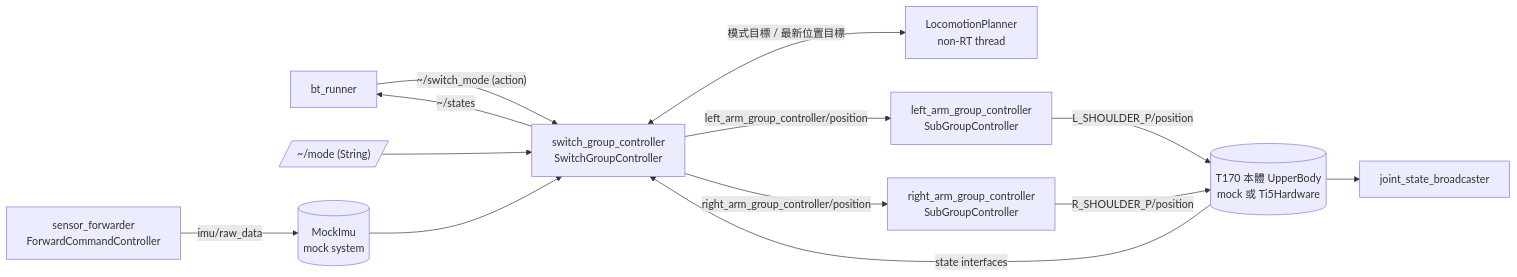
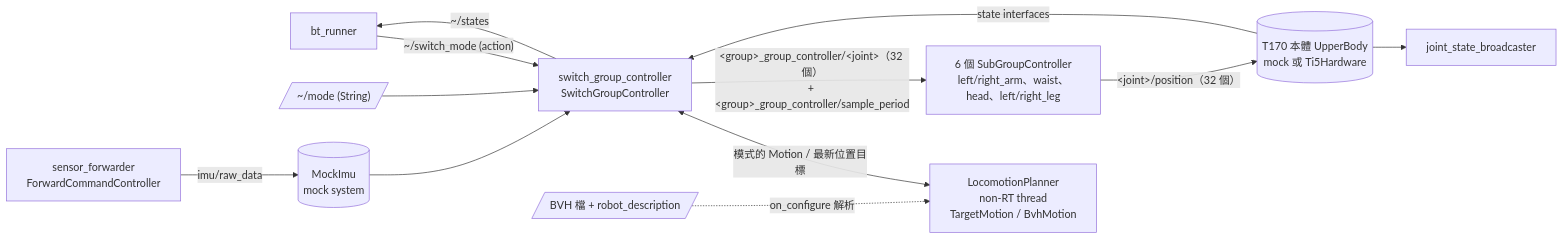
Before and after one commit to s40523122/graphen_controller: the second of 4 diagrams in docs/ARCHITECTURE.md, drawn with Mermaid. The commit also changed other lines of this file and 2 other files, not shown here.

Commit message:
Document BVH locomotion and motion modes

````diff
--- a/docs/ARCHITECTURE.md
+++ b/docs/ARCHITECTURE.md
@@ -82,15 +84,14 @@
 ```mermaid
 graph LR
   bt[bt_runner] -->|"~/switch_mode (action)"| sw[switch_group_controller<br/>SwitchGroupController]
   mode[/"~/mode (String)"/] --> sw
-  sw <-->|模式目標 / 最新位置目標| planner[LocomotionPlanner<br/>non-RT thread]
+  sw <-->|模式的 Motion / 最新位置目標| planner[LocomotionPlanner<br/>non-RT thread<br/>TargetMotion / BvhMotion]
+  bvh[/BVH 檔 + robot_description/] -.->|on_configure 解析| planner
   sw -->|"~/states"| bt
-  sw -->|left_arm_group_controller/position| larm[left_arm_group_controller<br/>SubGroupController]
-  sw -->|right_arm_group_controller/position| rarm[right_arm_group_controller<br/>SubGroupController]
-  larm -->|L_SHOULDER_P/position| hw[(T170 本體 UpperBody<br/>mock 或 Ti5Hardware)]
-  rarm -->|R_SHOULDER_P/position| hw
+  sw -->|"&lt;group&gt;_group_controller/&lt;joint&gt;（32 個）<br/>+ &lt;group&gt;_group_controller/sample_period"| subs[6 個 SubGroupController<br/>left/right_arm、waist、head、left/right_leg]
+  subs -->|"&lt;joint&gt;/position（32 個）"| hw[(T170 本體 UpperBody<br/>mock 或 Ti5Hardware)]
   hw -->|state interfaces| sw
   hw --> jsb[joint_state_broadcaster]
   fwd[sensor_forwarder<br/>ForwardCommandController] -->|imu/raw_data| mimu[(MockImu<br/>mock system)]
   mimu --> sw
 ```
````
